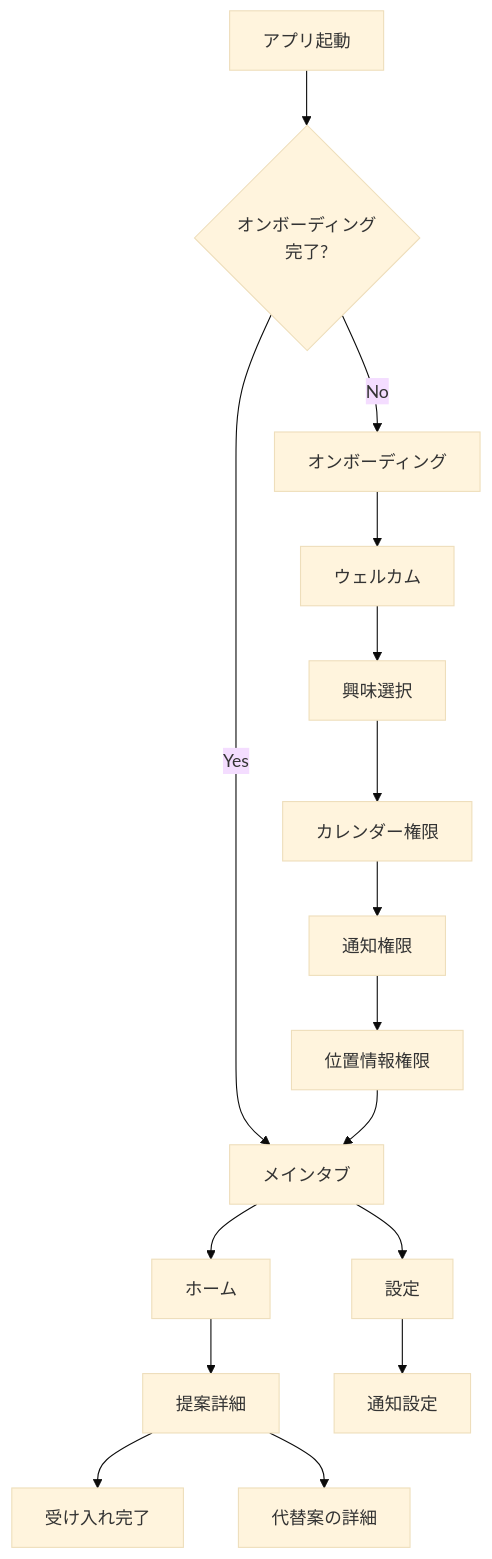
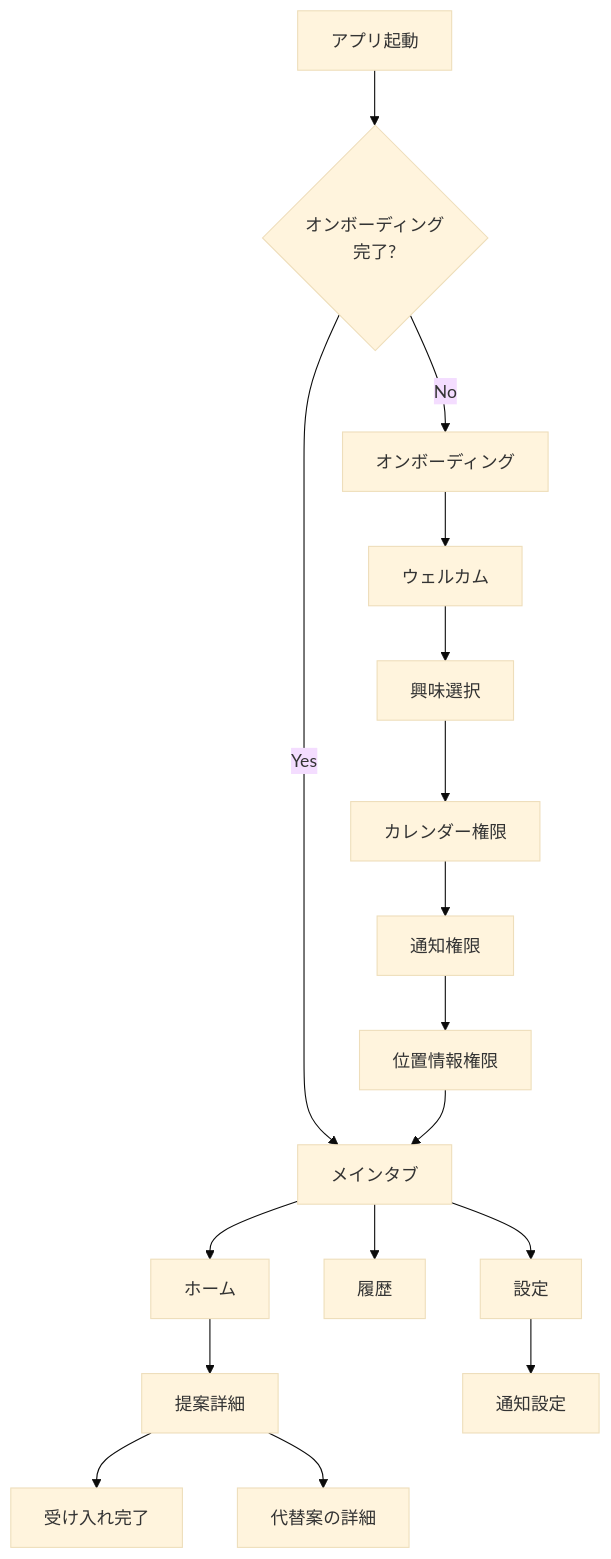
Before and after one commit to Ken-Miyamura/serendipity-planner: the diagram in docs/spec/screens.md, drawn with Mermaid (base theme). The commit also changed other lines of this file and 4 other files, not shown here.

````diff
--- a/docs/spec/screens.md
+++ b/docs/spec/screens.md
@@ -5,22 +5,23 @@
 ```mermaid
 graph TD
     A[アプリ起動] --> B{オンボーディング<br/>完了?}
     B -->|No| C[オンボーディング]
     B -->|Yes| D[メインタブ]
 
     C --> C1[ウェルカム]
     C1 --> C2[興味選択]
     C2 --> C3[カレンダー権限]
     C3 --> C4[通知権限]
     C4 --> C5[位置情報権限]
     C5 --> D
 
     D --> D1[ホーム]
-    D --> D2[設定]
+    D --> D2[履歴]
+    D --> D3[設定]
 
     D1 --> E[提案詳細]
     E --> E1[受け入れ完了]
     E --> E2[代替案の詳細]
 
-    D2 --> D3[通知設定]
+    D3 --> D4[通知設定]
 ```
````
